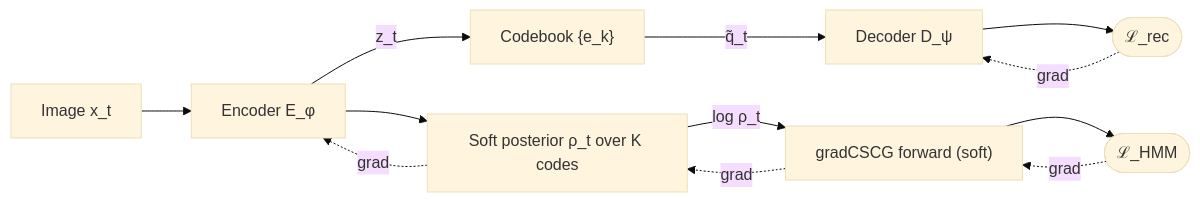
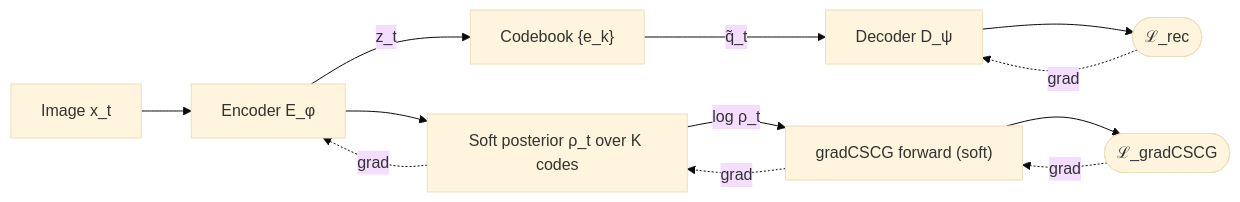
One commit to tristanstoeber/gradCSCG changed the diagram in README.md. Above: the diagram before and after it, drawn with Mermaid (base theme). The commit also changed other lines of this file and 7 other files, not shown here.

````diff
--- a/README.md
+++ b/README.md
@@ -50,14 +62,14 @@
 ```mermaid
 flowchart LR
     img["Image x_t"] --> enc["Encoder E_φ"]
     enc -->|"z_t"| vq["Codebook {e_k}"]
     vq -->|"q̃_t"| dec["Decoder D_ψ"]
     dec --> rec(["ℒ_rec"])
     enc --> soft["Soft posterior ρ_t over K codes"]
     soft -->|"log ρ_t"| hmm["gradCSCG forward (soft)"]
-    hmm --> nll(["ℒ_HMM"])
+    hmm --> nll(["ℒ_gradCSCG"])
     rec -. grad .-> dec
     nll -. grad .-> hmm
     hmm -. grad .-> soft
     soft -. grad .-> enc
 ```
````
